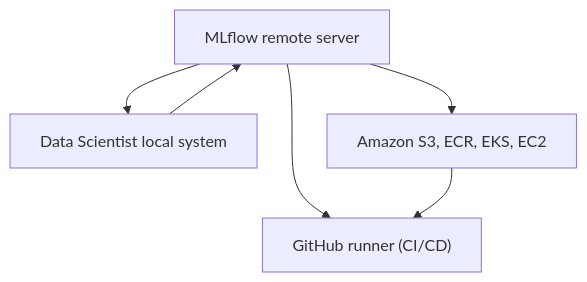
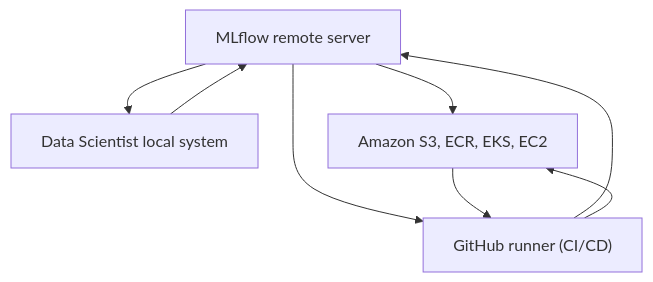
Before and after one commit to lukhha/Pio-NER: the diagram in README.md, drawn with Mermaid.

````diff
--- a/README.md
+++ b/README.md
@@ -24,8 +24,10 @@
 ```mermaid
 graph TD;
     A["MLflow remote server"] --> B["Data Scientist local system"];
     B --> A;
     A --> C["Amazon S3, ECR, EKS, EC2"];
     A --> D["GitHub runner (CI/CD)"];
+    D --> A;
     C --> D;
+    D --> C;
 ```
````
